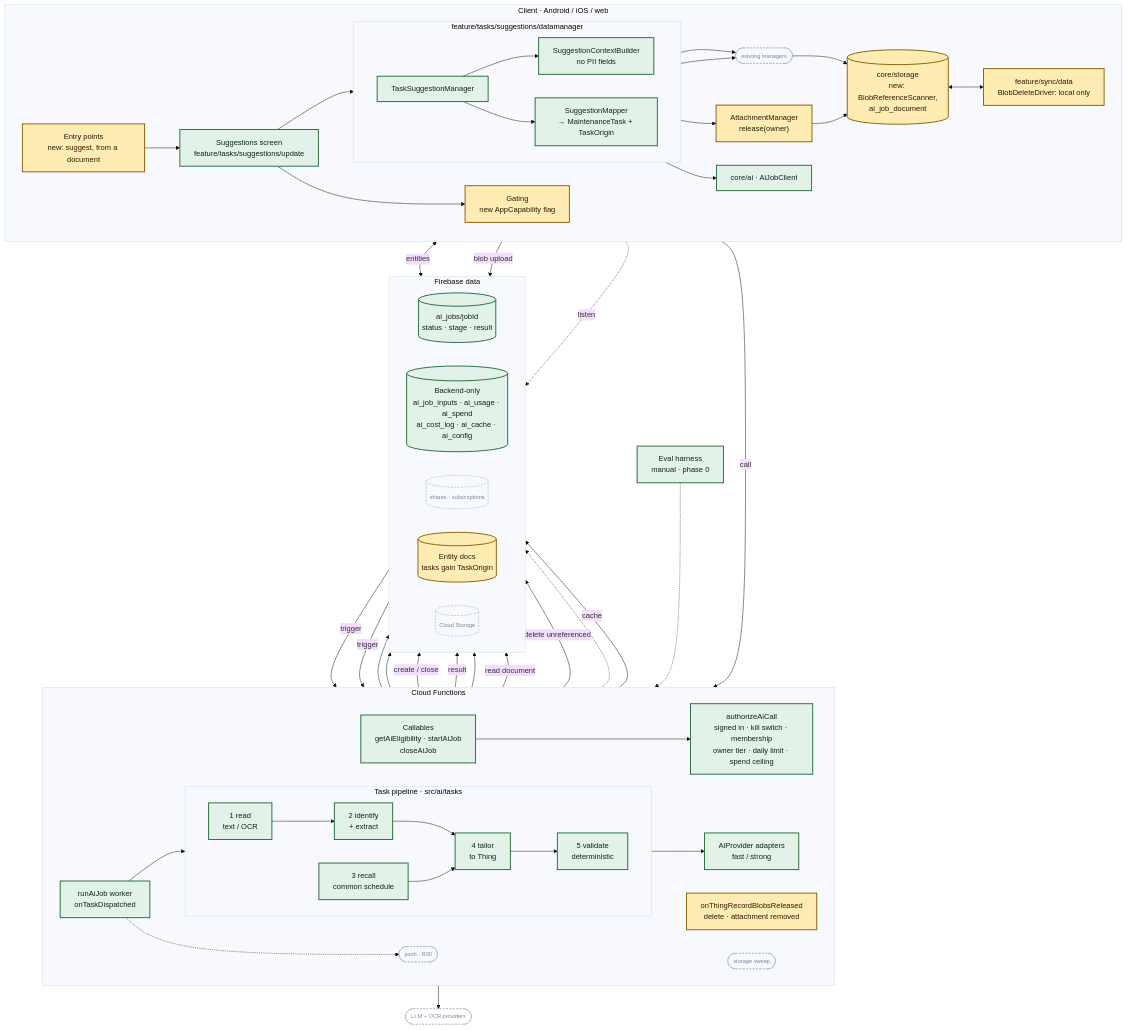
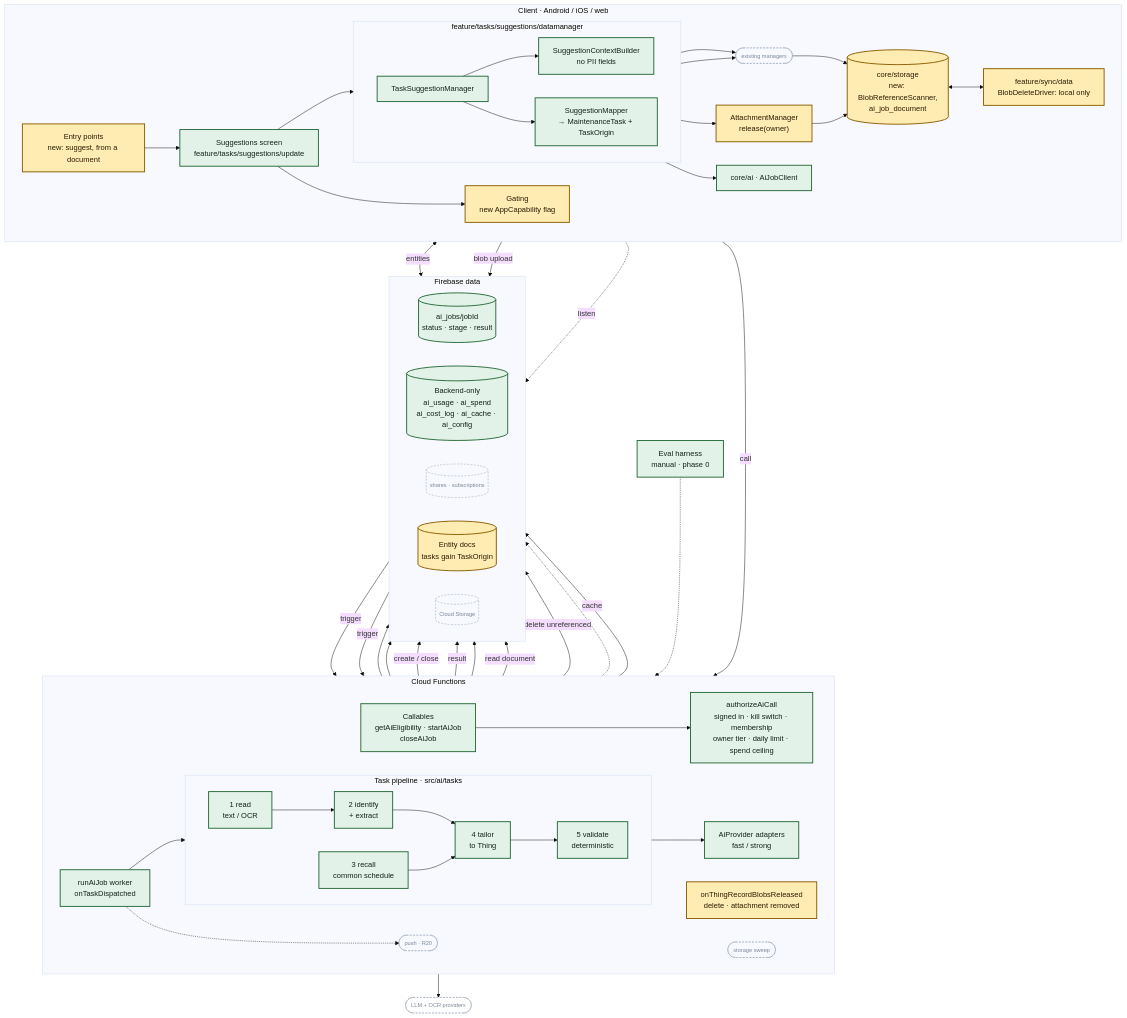
Before and after one commit to fz172/squawkit: the diagram in docs/ai/task_population_design.md, drawn with Mermaid (base theme). The commit also changed other lines of this file and 12 other files, not shown here.

```diff
--- a/docs/ai/task_population_design.md
+++ b/docs/ai/task_population_design.md
@@ -79,7 +79,7 @@
   subgraph Data["Firebase data"]
     direction LR
     Jobs[("ai_jobs/jobId<br/>status · stage · result")]
-    AiColl[("Backend-only<br/>ai_job_inputs · ai_usage · ai_spend<br/>ai_cost_log · ai_cache · ai_config")]
+    AiColl[("Backend-only<br/>ai_usage · ai_spend<br/>ai_cost_log · ai_cache · ai_config")]
     ACL[("shares · subscriptions")]
     Entities[("Entity docs<br/>tasks gain TaskOrigin")]
     GCS[("Cloud Storage")]
```
